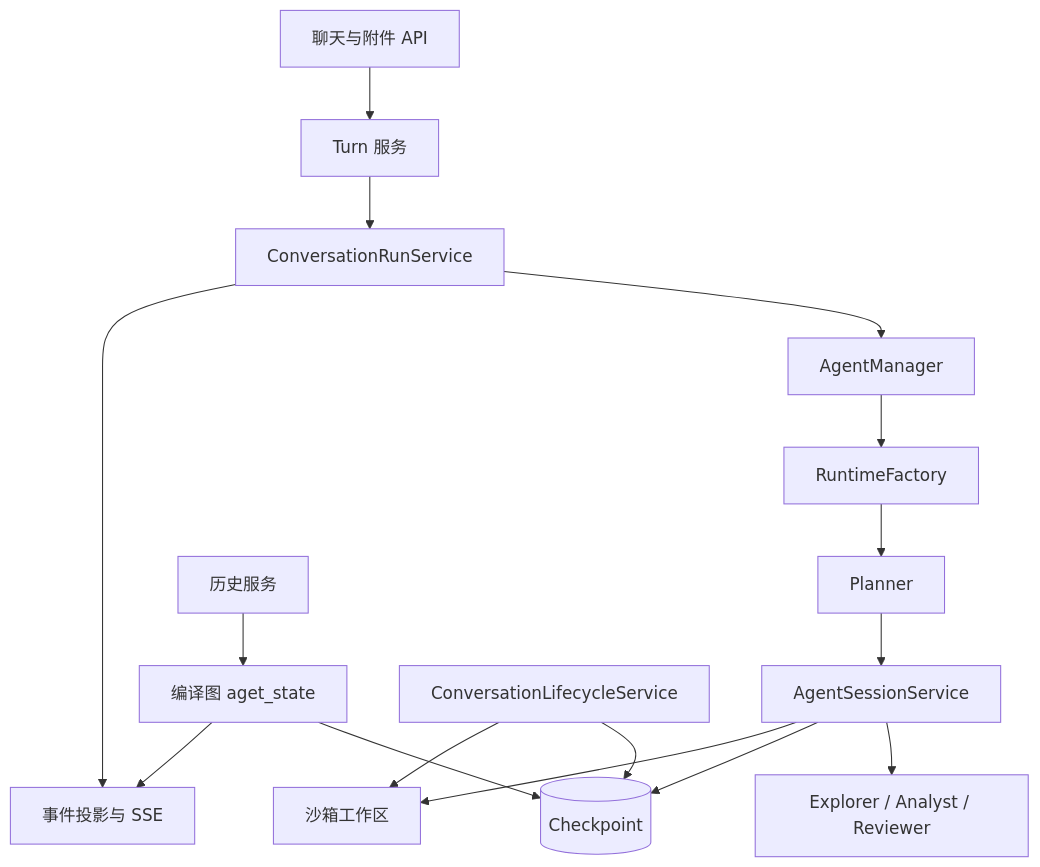
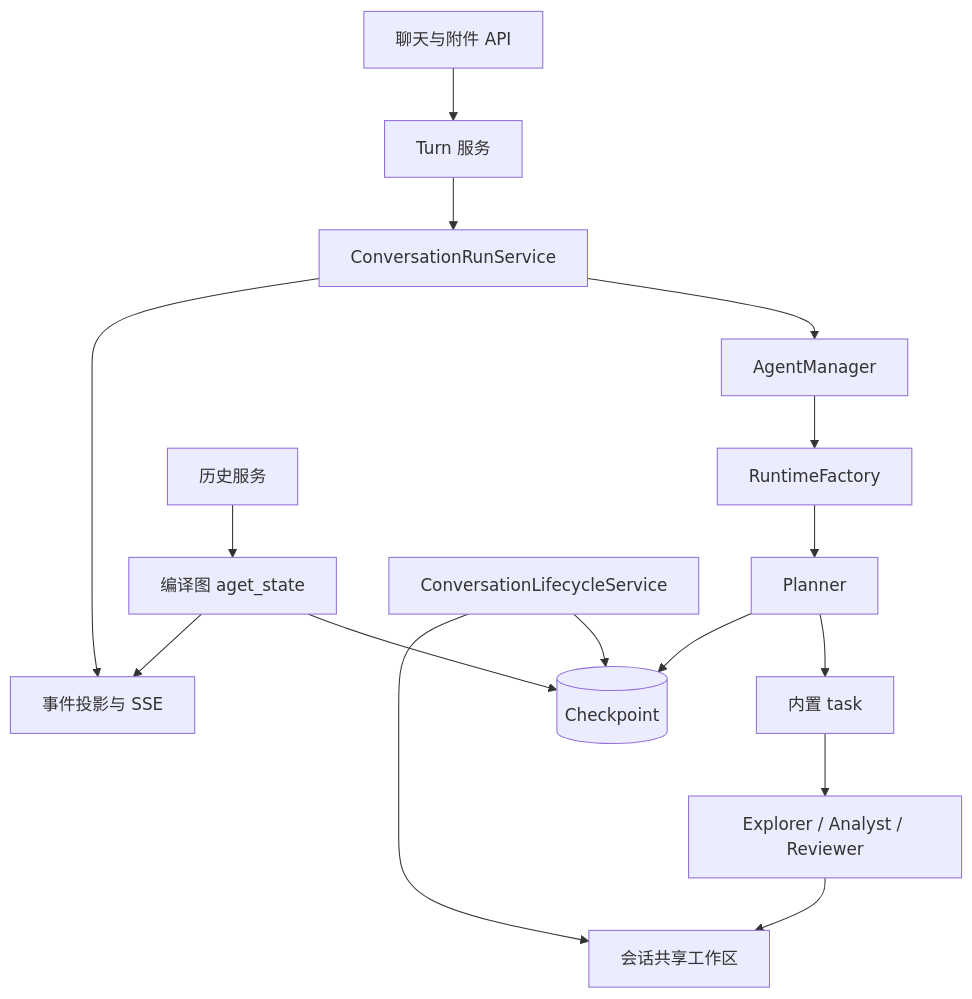
One commit to 2739673455/dataagent changed the first of 2 diagrams in docs/06_对话与多智能体协作.md. Above: the diagram before and after it, drawn with Mermaid. The commit also changed other lines of this file and 105 other files, not shown here.

````diff
--- a/docs/06_对话与多智能体协作.md
+++ b/docs/06_对话与多智能体协作.md
@@ -7,18 +7,18 @@
 ```mermaid
 flowchart TD
     API[聊天与附件 API] --> TURN[Turn 服务]
     TURN --> RUN[ConversationRunService]
     RUN --> MANAGER[AgentManager]
     MANAGER --> FACTORY[RuntimeFactory]
     FACTORY --> PLANNER[Planner]
-    PLANNER --> SESSION[AgentSessionService]
-    SESSION --> SPECIALIST[Explorer / Analyst / Reviewer]
-    SESSION --> PG[(Checkpoint)]
-    SESSION --> SANDBOX[沙箱工作区]
+    PLANNER --> TASK[内置 task]
+    TASK --> SPECIALIST[Explorer / Analyst / Reviewer]
+    PLANNER --> PG[(Checkpoint)]
+    SPECIALIST --> SANDBOX[会话共享工作区]
     RUN --> EVENTS[事件投影与 SSE]
     HISTORY[历史服务] --> READER[编译图 aget_state]
     READER --> PG
     READER --> EVENTS
     LIFE[ConversationLifecycleService] --> PG
     LIFE --> SANDBOX
 ```
````
